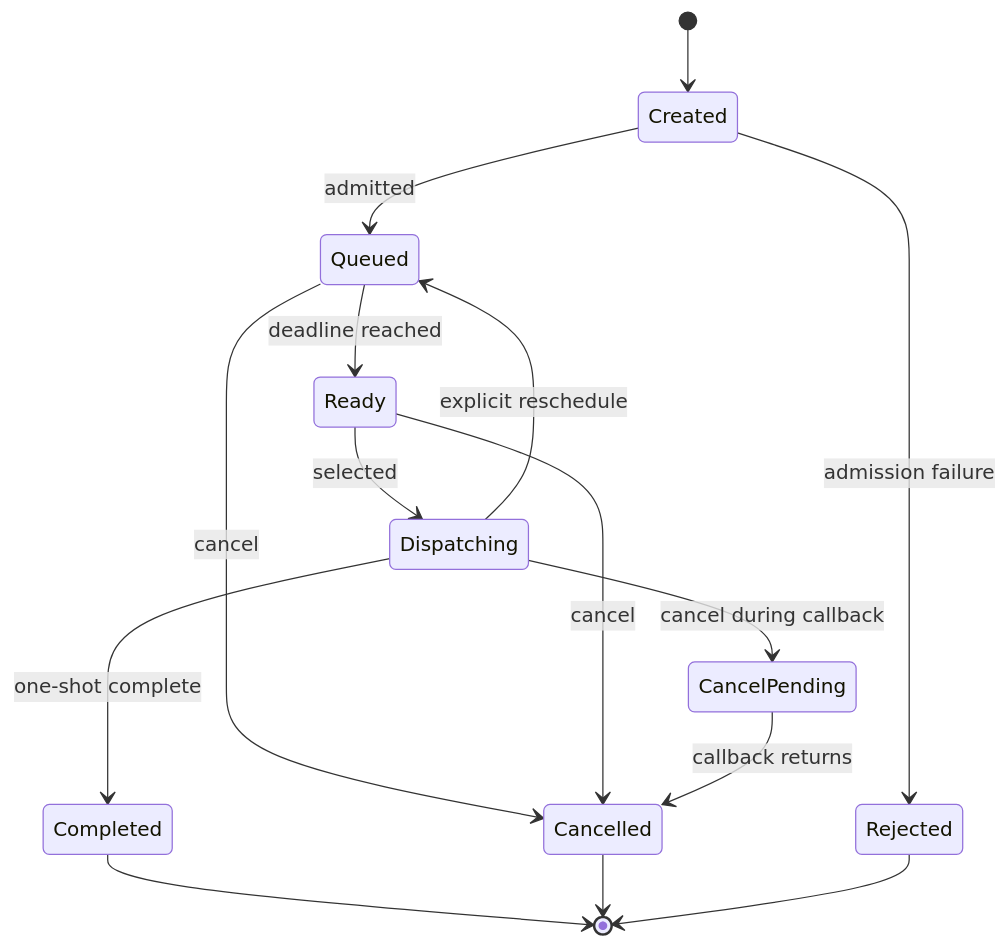
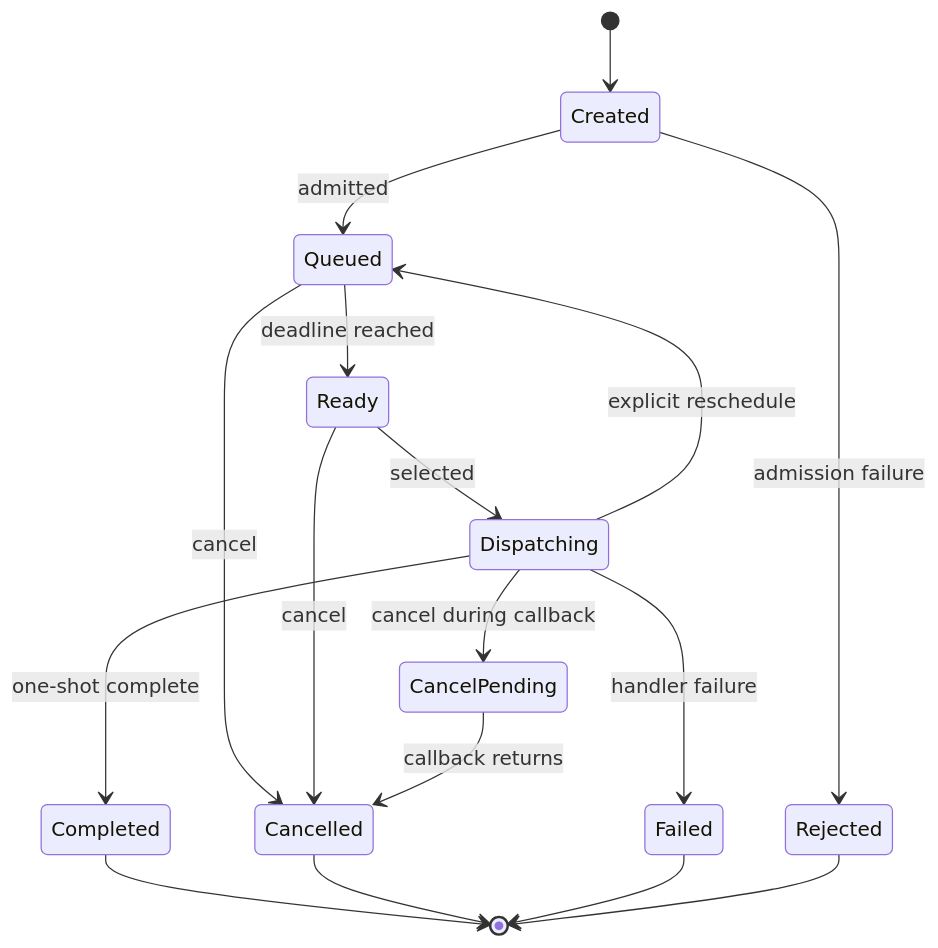
Before and after one commit to LuminariMUD/Luminari-Source: the second of 2 diagrams in docs/ongoing-projects/EVENT_DRIVEN_CORE_REFACTOR_SPEC.md, drawn with Mermaid. The commit also changed other lines of this file and 2 other files, not shown here.

````diff
--- a/docs/ongoing-projects/EVENT_DRIVEN_CORE_REFACTOR_SPEC.md
+++ b/docs/ongoing-projects/EVENT_DRIVEN_CORE_REFACTOR_SPEC.md
@@ -561,17 +650,19 @@
 ```mermaid
 stateDiagram-v2
     [*] --> Created
     Created --> Queued: admitted
     Created --> Rejected: admission failure
     Queued --> Ready: deadline reached
     Queued --> Cancelled: cancel
     Ready --> Dispatching: selected
     Ready --> Cancelled: cancel
     Dispatching --> CancelPending: cancel during callback
     Dispatching --> Completed: one-shot complete
+    Dispatching --> Failed: handler failure
     Dispatching --> Queued: explicit reschedule
     CancelPending --> Cancelled: callback returns
     Completed --> [*]
     Cancelled --> [*]
+    Failed --> [*]
     Rejected --> [*]
 ```
````
